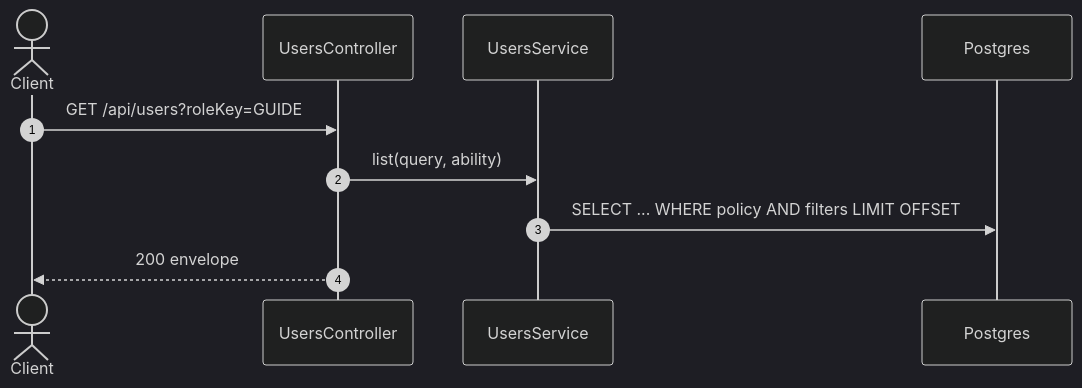
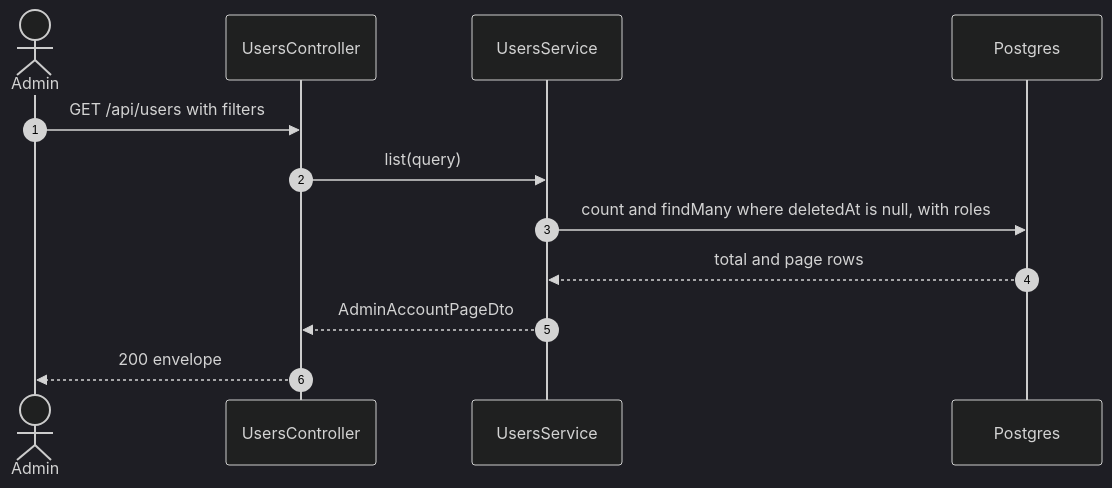
Before and after one commit to TrekLink-Team/treklink-web: the second of 2 diagrams in specs/auth/api-design/11-get-users-list.md, drawn with Mermaid (dark theme). The commit also changed other lines of this file and 13 other files, not shown here.

First line of the commit message:
docs(TK-22): specify admin account management (#14)

````diff
--- a/specs/auth/api-design/11-get-users-list.md
+++ b/specs/auth/api-design/11-get-users-list.md
@@ -157,12 +107,14 @@
 ```mermaid
 sequenceDiagram
     autonumber
-    actor Client
+    actor Admin
     participant Controller as UsersController
     participant Service as UsersService
     participant DB as Postgres
-    Client->>Controller: GET /api/users?roleKey=GUIDE
-    Controller->>Service: list(query, ability)
-    Service->>DB: SELECT ... WHERE policy AND filters LIMIT OFFSET
-    Controller-->>Client: 200 envelope
+    Admin->>Controller: GET /api/users with filters
+    Controller->>Service: list(query)
+    Service->>DB: count and findMany where deletedAt is null, with roles
+    DB-->>Service: total and page rows
+    Service-->>Controller: AdminAccountPageDto
+    Controller-->>Admin: 200 envelope
 ```
````
